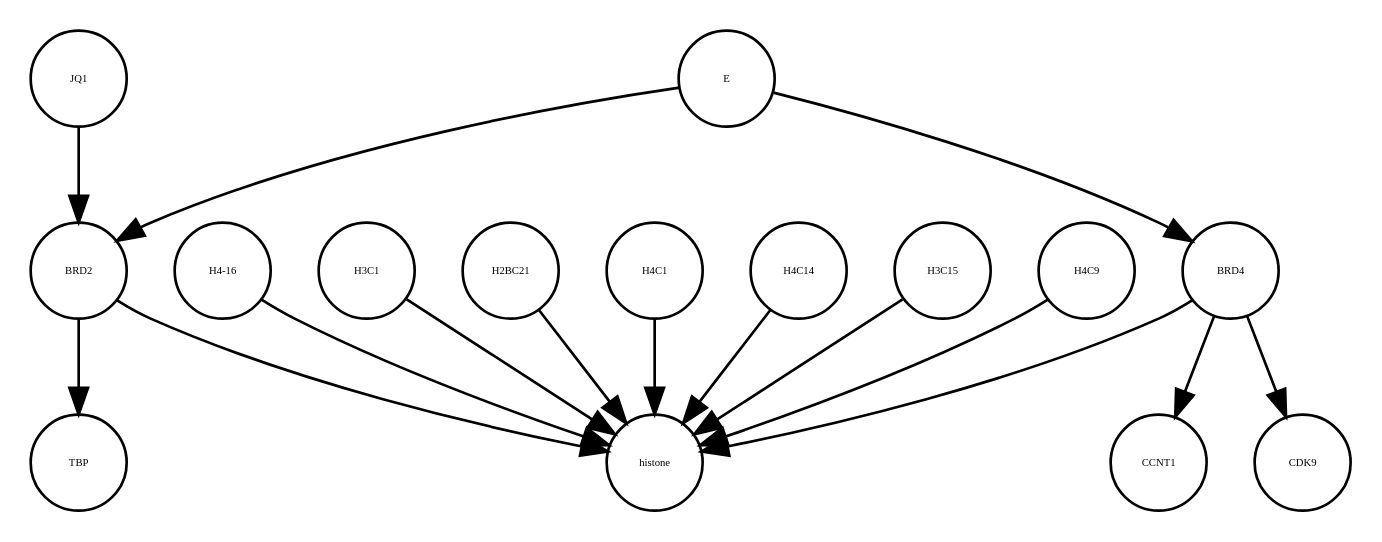
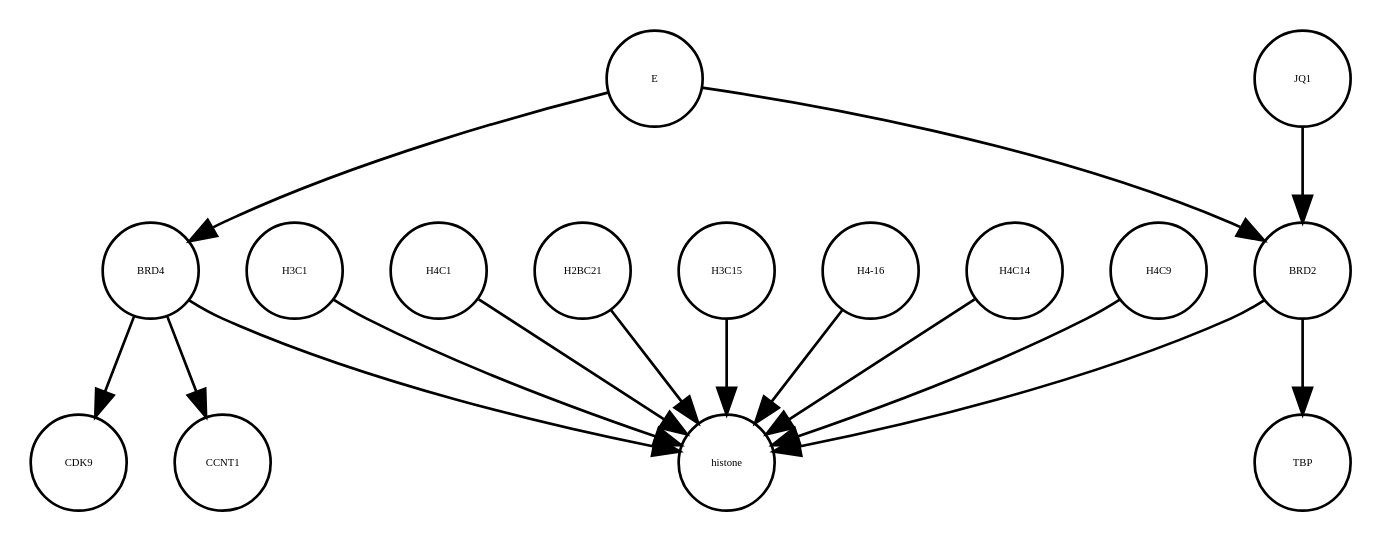
Before and after one commit to cannin/covid19-sbgn: the diagram in E_SARS_CoV_2_21_05_2020.xml_projected.dot, drawn with Graphviz. The commit also changed other lines of this file and 572 other files, not shown here.

```diff
--- a/E_SARS_CoV_2_21_05_2020.xml_projected.dot
+++ b/E_SARS_CoV_2_21_05_2020.xml_projected.dot
@@ -1,32 +1,32 @@
 strict digraph  {
+E [annotation=urn_miriam_ncbiprotein_BCD58755, bipartite=0, cls=macromolecule, fontsize=4, label=E, shape=circle];
 TBP [annotation="", bipartite=0, cls=macromolecule, fontsize=4, label=TBP, shape=circle];
-"H4-16" [annotation="", bipartite=0, cls=macromolecule, fontsize=4, label="H4-16", shape=circle];
 H3C1 [annotation="", bipartite=0, cls=macromolecule, fontsize=4, label=H3C1, shape=circle];
-E [annotation=urn_miriam_ncbiprotein_BCD58755, bipartite=0, cls=macromolecule, fontsize=4, label=E, shape=circle];
-CCNT1 [annotation="", bipartite=0, cls=macromolecule, fontsize=4, label=CCNT1, shape=circle];
+BRD4 [annotation="", bipartite=0, cls=macromolecule, fontsize=4, label=BRD4, shape=circle];
+H4C1 [annotation="", bipartite=0, cls=macromolecule, fontsize=4, label=H4C1, shape=circle];
 H2BC21 [annotation="", bipartite=0, cls=macromolecule, fontsize=4, label=H2BC21, shape=circle];
-H4C1 [annotation="", bipartite=0, cls=macromolecule, fontsize=4, label=H4C1, shape=circle];
-BRD4 [annotation="", bipartite=0, cls=macromolecule, fontsize=4, label=BRD4, shape=circle];
-BRD2 [annotation="", bipartite=0, cls=macromolecule, fontsize=4, label=BRD2, shape=circle];
-H4C14 [annotation="", bipartite=0, cls=macromolecule, fontsize=4, label=H4C14, shape=circle];
 histone [annotation="", bipartite=0, cls=complex, fontsize=4, label=histone, shape=circle];
 H3C15 [annotation="", bipartite=0, cls=macromolecule, fontsize=4, label=H3C15, shape=circle];
+"H4-16" [annotation="", bipartite=0, cls=macromolecule, fontsize=4, label="H4-16", shape=circle];
 CDK9 [annotation="", bipartite=0, cls=macromolecule, fontsize=4, label=CDK9, shape=circle];
+JQ1 [annotation="", bipartite=0, cls=macromolecule, fontsize=4, label=JQ1, shape=circle];
+H4C14 [annotation="", bipartite=0, cls=macromolecule, fontsize=4, label=H4C14, shape=circle];
+BRD2 [annotation="", bipartite=0, cls=macromolecule, fontsize=4, label=BRD2, shape=circle];
+CCNT1 [annotation="", bipartite=0, cls=macromolecule, fontsize=4, label=CCNT1, shape=circle];
 H4C9 [annotation="", bipartite=0, cls=macromolecule, fontsize=4, label=H4C9, shape=circle];
-JQ1 [annotation="", bipartite=0, cls=macromolecule, fontsize=4, label=JQ1, shape=circle];
-"H4-16" -> histone  [annotation="", interaction_type=production];
-H3C1 -> histone  [annotation="", interaction_type=production];
 E -> BRD2  [annotation="urn_miriam_doi_10.1038%2Fs41586-020-2286-9|urn_miriam_doi_10.1080%2F15592294.2018.1469891", interaction_type=inhibition];
 E -> BRD4  [annotation="urn_miriam_doi_10.1038%2Fs41586-020-2286-9", interaction_type=inhibition];
-H2BC21 -> histone  [annotation="", interaction_type=production];
-H4C1 -> histone  [annotation="", interaction_type=production];
+H3C1 -> histone  [annotation="", interaction_type=production];
 BRD4 -> histone  [annotation="urn_miriam_doi_10.1038%2Fnsmb.3228.|urn_miriam_doi_10.1016%2Fj.molcel.2008.01.018", interaction_type=catalysis];
 BRD4 -> CDK9  [annotation=urn_miriam_taxonomy_10090, interaction_type=catalysis];
 BRD4 -> CCNT1  [annotation="", interaction_type=catalysis];
+H4C1 -> histone  [annotation="", interaction_type=production];
+H2BC21 -> histone  [annotation="", interaction_type=production];
+H3C15 -> histone  [annotation="", interaction_type=production];
+"H4-16" -> histone  [annotation="", interaction_type=production];
+JQ1 -> BRD2  [annotation="urn_miriam_doi_10.1038%2Fs41586-020-2286-9|urn_miriam_doi_10.1080%2F15592294.2018.1469891", interaction_type=inhibition];
+H4C14 -> histone  [annotation="", interaction_type=production];
 BRD2 -> TBP  [annotation="urn_miriam_doi_10.1007%2Fs11010-006-9223-6", interaction_type=catalysis];
 BRD2 -> histone  [annotation="urn_miriam_doi_10.1038%2Fnsmb.3228.|urn_miriam_doi_10.1016%2Fj.molcel.2008.01.018", interaction_type=catalysis];
-H4C14 -> histone  [annotation="", interaction_type=production];
-H3C15 -> histone  [annotation="", interaction_type=production];
 H4C9 -> histone  [annotation="", interaction_type=production];
-JQ1 -> BRD2  [annotation="urn_miriam_doi_10.1038%2Fs41586-020-2286-9|urn_miriam_doi_10.1080%2F15592294.2018.1469891", interaction_type=inhibition];
 }
```
